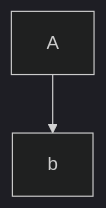
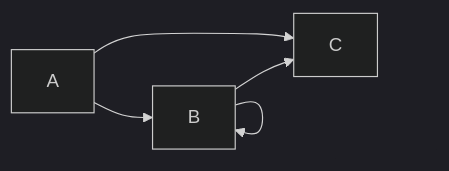
One commit to b3b00/dendronNotes changed the diagram in notes/tester.edit.md. Above: the diagram before and after it, drawn with Mermaid (dark theme). The commit also changed other lines of this file, not shown here.

Commit message:
DendrOnline : update tester.edit

````diff
--- a/notes/tester.edit.md
+++ b/notes/tester.edit.md
@@ -11,4 +11,7 @@
 ```mermaid
-graph TD
-A --> b
+graph LR
+A --> B
+B --> C
+A --> C
+B --> B
 ```
````
